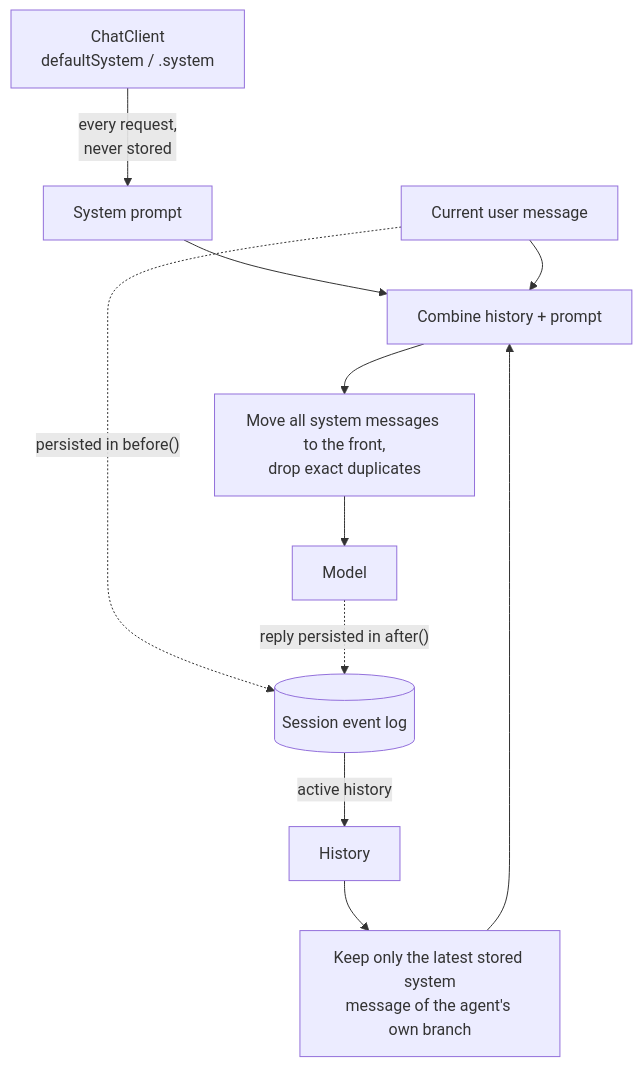
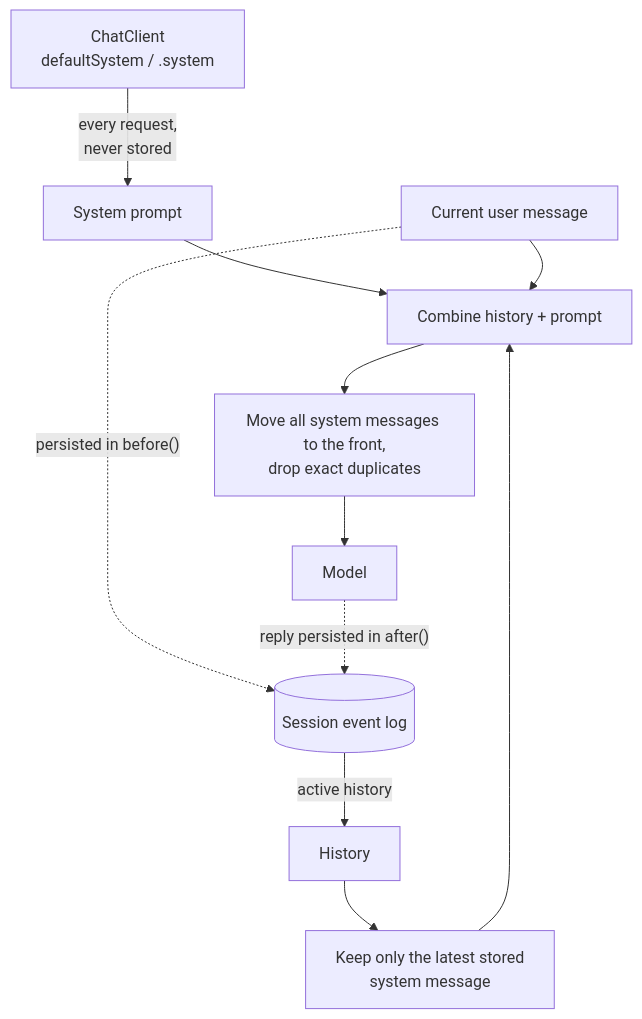
The second of 2 diagrams in docs/session-management/system-messages.md (andotorg/spring-ai-session), drawn with Mermaid before and after one commit. The commit also changed other lines of this file and 44 other files, not shown here.

First line of the commit message:
Remove branch-based multi-agent isolation (#54)

````diff
--- a/docs/session-management/system-messages.md
+++ b/docs/session-management/system-messages.md
@@ -182,14 +174,14 @@
 ```mermaid
 flowchart TB
     CC["ChatClient<br/>defaultSystem / .system"] -->|"every request,<br/>never stored"| SP["System prompt"]
     LOG[("Session event log")] -->|"active history"| H["History"]
     UM["Current user message"]
     SP --> C["Combine history + prompt"]
-    H --> SEL["Keep only the latest stored system<br/>message of the agent's own branch"]
+    H --> SEL["Keep only the latest stored<br/>system message"]
     SEL --> C
     UM --> C
     C --> F["Move all system messages to the front,<br/>drop exact duplicates"]
     F --> LLM["Model"]
     UM -.->|"persisted in before()"| LOG
     LLM -.->|"reply persisted in after()"| LOG
 ```
````
